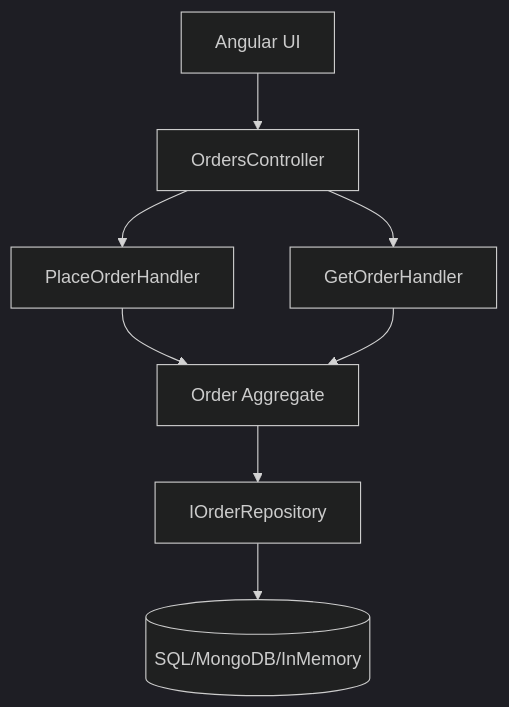
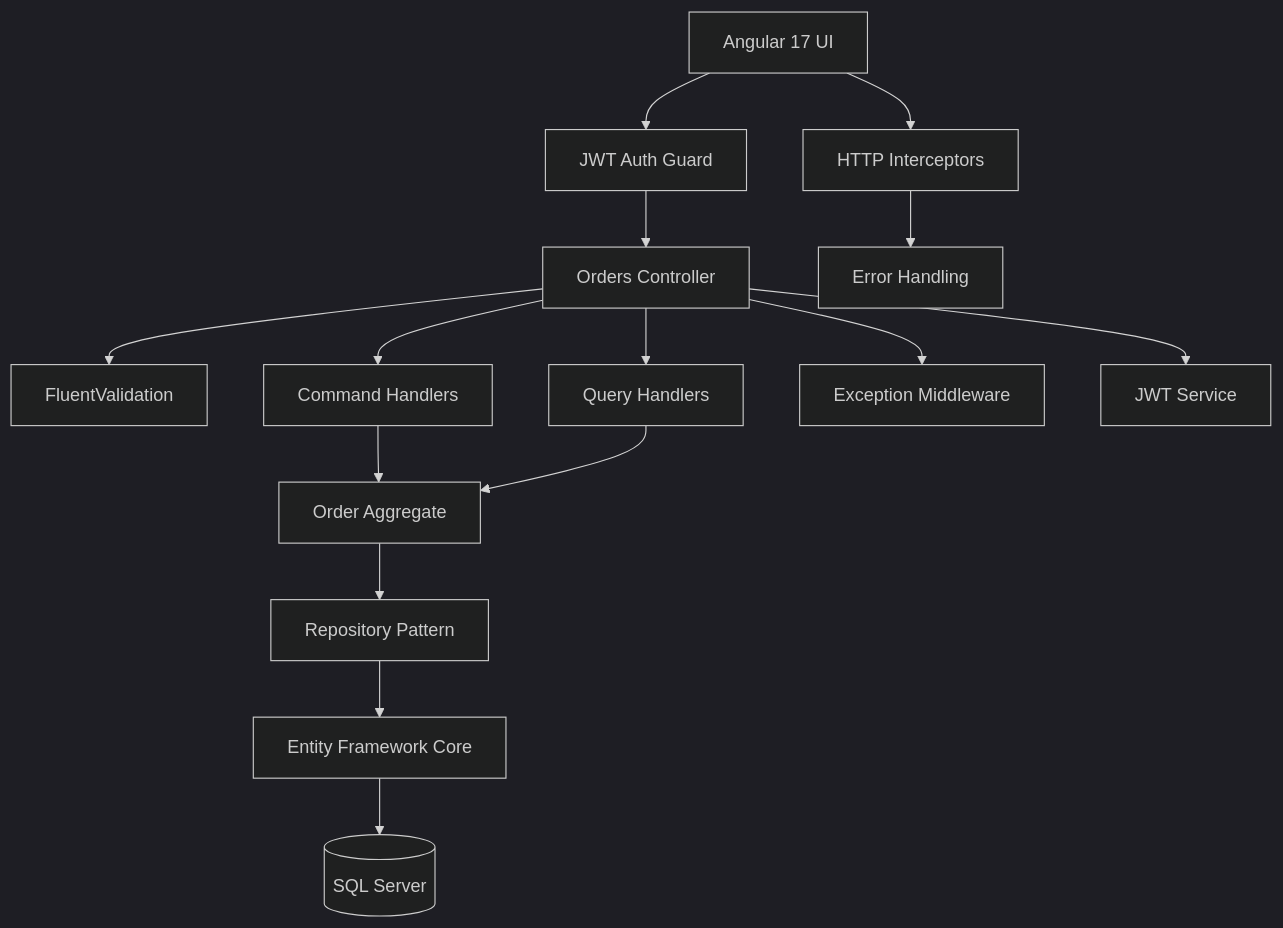
Before and after one commit to Trinhleo/OrderManagement: the diagram in README.md, drawn with Mermaid (dark theme). The commit also changed other lines of this file and 37 other files, not shown here.

First line of the commit message:
Add unit tests for order line and place order command validators

````diff
--- a/README.md
+++ b/README.md
@@ -42,12 +160,22 @@
 ```mermaid
 flowchart TD
-    UI[Angular UI] --> API[OrdersController]
-    API --> CMD[PlaceOrderHandler]
-    API --> QRY[GetOrderHandler]
-
+    UI[Angular 17 UI] --> AUTH[JWT Auth Guard]
+    AUTH --> API[Orders Controller]
+    
+    API --> VALID[FluentValidation]
+    API --> CMD[Command Handlers]
+    API --> QRY[Query Handlers]
+    
     CMD --> AGG[Order Aggregate]
     QRY --> AGG
-
-    AGG --> REPO[IOrderRepository]
-    REPO --> DB[(SQL/MongoDB/InMemory)]
+    
+    AGG --> REPO[Repository Pattern]
+    REPO --> EF[Entity Framework Core]
+    EF --> DB[(SQL Server)]
+    
+    API --> EXCEPT[Exception Middleware]
+    API --> JWT[JWT Service]
+    
+    UI --> INT[HTTP Interceptors]
+    INT --> ERR[Error Handling]
 ```
````
